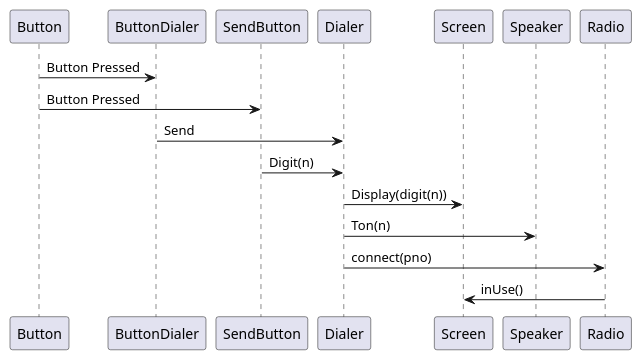
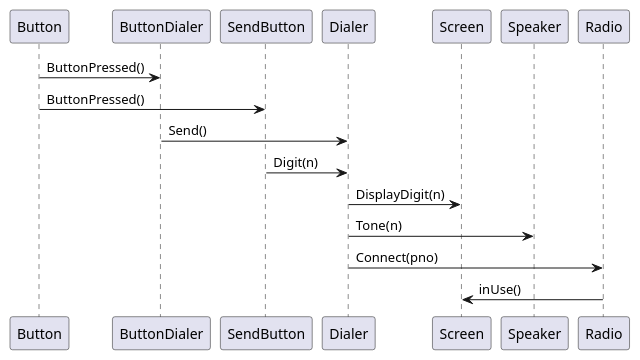
Before and after one commit to megsikon/assignment-03: the diagram in se_ex5_seq.puml, drawn with PlantUML. The commit also changed 1 other file, not shown here.

```diff
--- a/se_ex5_seq.puml
+++ b/se_ex5_seq.puml
@@ -1,19 +1,19 @@
 @startuml
 participant Button as Btn
 participant ButtonDialer as BtnDial
 participant SendButton as sendBtn
 participant Dialer as Dial
 participant Screen
 participant Speaker as Spk
 participant Radio 
 
-Btn -> BtnDial : Button Pressed
-Btn -> sendBtn : Button Pressed
-BtnDial -> Dial : Send
+Btn -> BtnDial : ButtonPressed()
+Btn -> sendBtn : ButtonPressed()
+BtnDial -> Dial : Send()
 sendBtn -> Dial : Digit(n)
-Dial -> Screen : Display(digit(n))
-Dial -> Spk : Ton(n)
-Dial -> Radio : connect(pno)
+Dial -> Screen : DisplayDigit(n)
+Dial -> Spk : Tone(n)
+Dial -> Radio : Connect(pno)
 Radio -> Screen : inUse()
 
 @enduml
```
